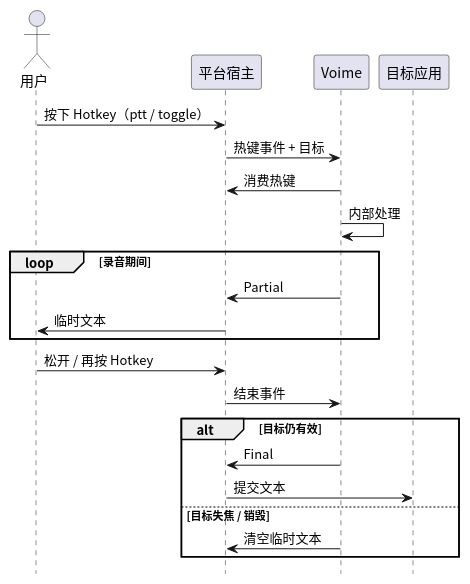
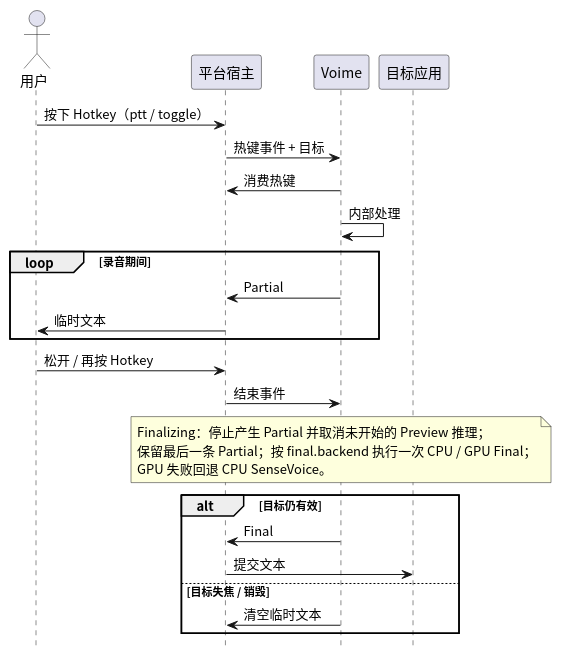
Before and after one commit to 54m43lJ/voime: the diagram in diagram/seq-ptt.puml, drawn with PlantUML. The commit also changed 72 other files, not shown here.

```diff
--- a/diagram/seq-ptt.puml
+++ b/diagram/seq-ptt.puml
@@ -1,30 +1,35 @@
 @startuml
 skinparam defaultFontName "Noto Sans CJK SC"
 skinparam shadowing false
 hide footbox
 
 actor "用户" as User
 participant "平台宿主" as Host
 participant "Voime" as Voime
 participant "目标应用" as App
 
 User -> Host : 按下 Hotkey（ptt / toggle）
 Host -> Voime : 热键事件 + 目标
 Voime -> Host : 消费热键
 Voime -> Voime : 内部处理
 
 loop 录音期间
   Voime -> Host : Partial
   Host -> User : 临时文本
 end
 
 User -> Host : 松开 / 再按 Hotkey
 Host -> Voime : 结束事件
+note over Voime
+  Finalizing：停止产生 Partial 并取消未开始的 Preview 推理；
+  保留最后一条 Partial；按 final.backend 执行一次 CPU / GPU Final；
+  GPU 失败回退 CPU SenseVoice。
+end note
 
 alt 目标仍有效
   Voime -> Host : Final
   Host -> App : 提交文本
 else 目标失焦 / 销毁
   Voime -> Host : 清空临时文本
 end
 @enduml
```
